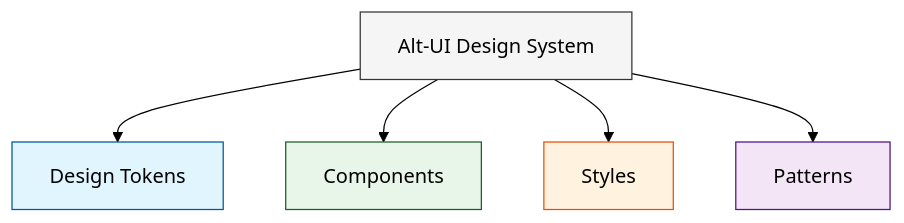
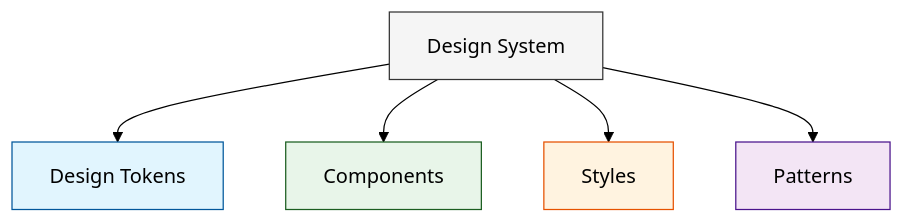
Before and after one commit to vuesence/alt-ui: the first of 4 diagrams in docs/overview.md, drawn with Mermaid (forest theme). The commit also changed other lines of this file and 16 other files, not shown here.

````diff
--- a/docs/overview.md
+++ b/docs/overview.md
@@ -9,19 +9,19 @@
 ```mermaid
 graph TD
-    DS[Alt-UI Design System]
+    DS[Design System]
     Tokens[Design Tokens]
     Components[Components]
     Styles[Styles]
     Patterns[Patterns]
 
     DS --> Tokens
     DS --> Components
     DS --> Styles
     DS --> Patterns
 
     style DS fill:#f5f5f5,stroke:#333
     style Tokens fill:#e1f5fe,stroke:#01579b
     style Components fill:#e8f5e9,stroke:#1b5e20
     style Styles fill:#fff3e0,stroke:#e65100
     style Patterns fill:#f3e5f5,stroke:#4a148c
 ```
````
